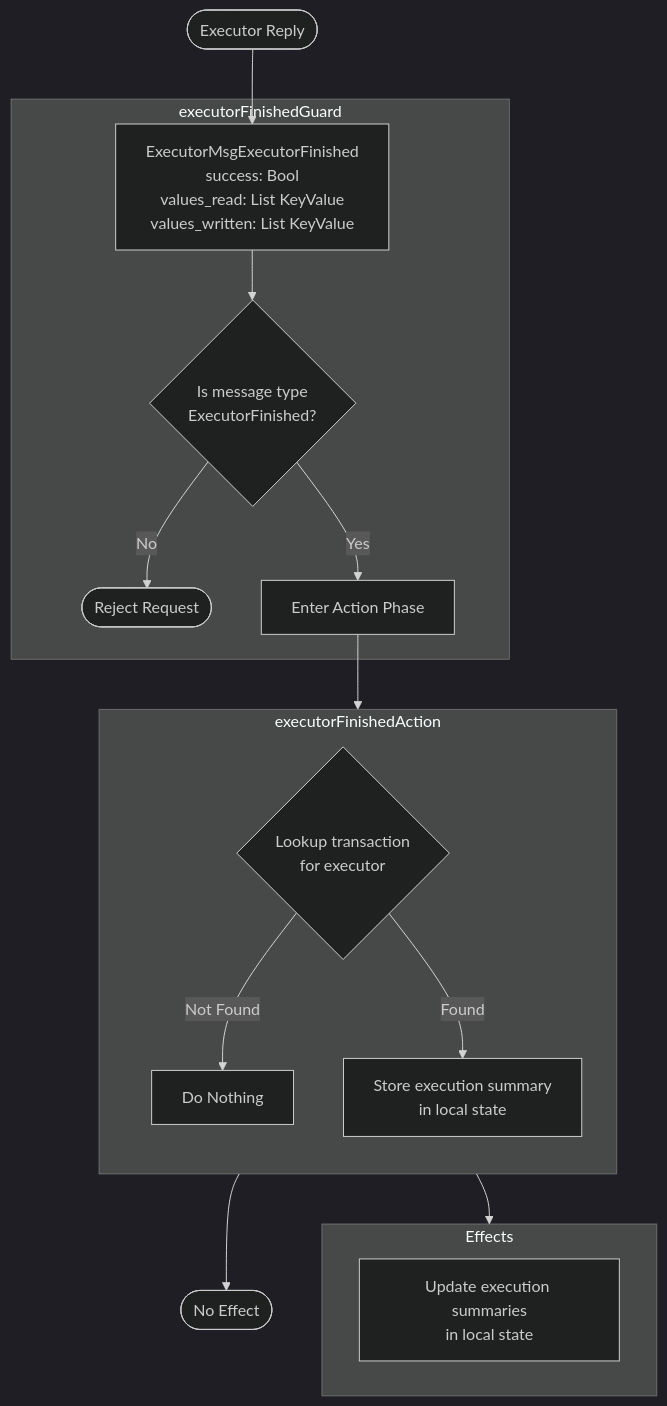
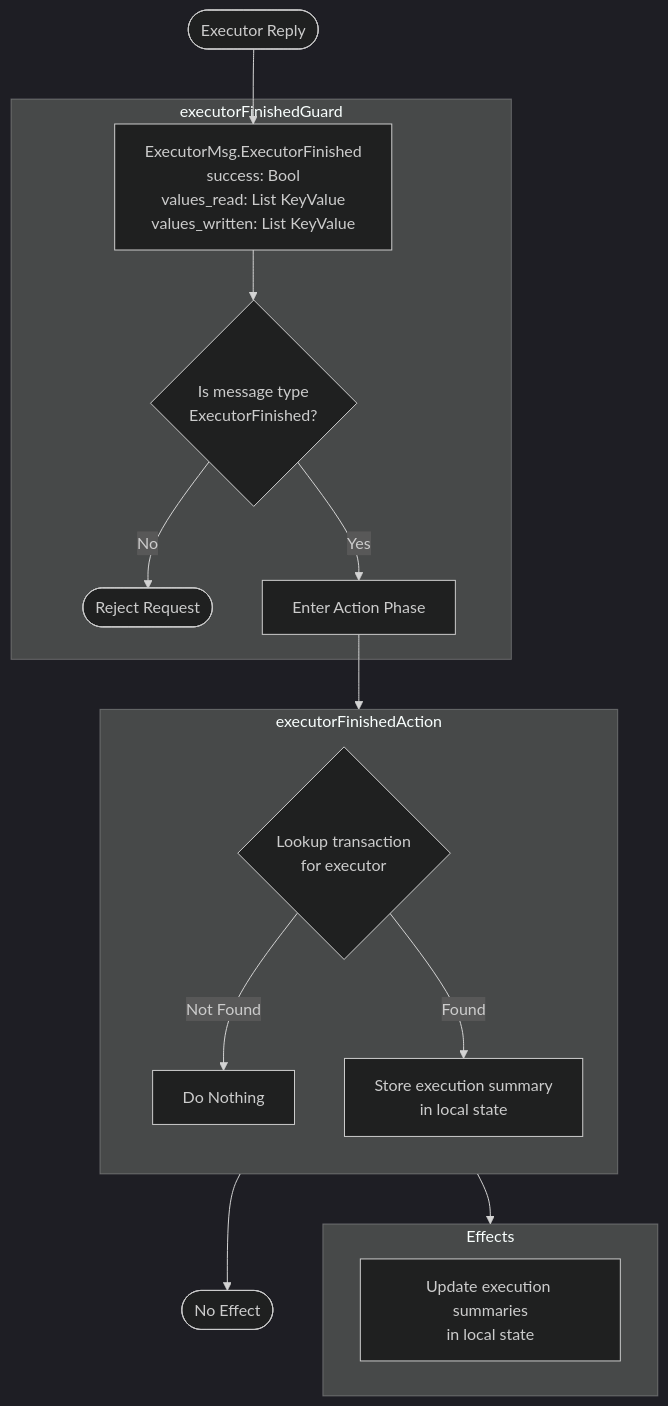
The second of 2 diagrams in docs/arch/node/engines/mempool_worker_behaviour.juvix.md (anoma/nspec), drawn with Mermaid (dark theme) before and after one commit. The commit also changed other lines of this file and 80 other files, not shown here.

````diff
--- a/docs/arch/node/engines/mempool_worker_behaviour.juvix.md
+++ b/docs/arch/node/engines/mempool_worker_behaviour.juvix.md
@@ -223,26 +228,26 @@
 ```mermaid
 flowchart TD
-    Start([Executor Reply]) --> MsgReq[ExecutorMsgExecutorFinished<br/>success: Bool<br/>values_read: List KeyValue<br/>values_written: List KeyValue]
+    Start([Executor Reply]) --> MsgReq[ExecutorMsg.ExecutorFinished<br/>success: Bool<br/>values_read: List KeyValue<br/>values_written: List KeyValue]
 
     subgraph Guard["executorFinishedGuard"]
         MsgReq --> ValidType{Is message type<br/>ExecutorFinished?}
         ValidType -->|No| Reject([Reject Request])
         ValidType -->|Yes| ActionEntry[Enter Action Phase]
     end
 
     ActionEntry --> Action
 
     subgraph Action["executorFinishedAction"]
         direction TB
         FindTx{Lookup transaction<br/>for executor}
         FindTx -->|Not Found| NoAction[Do Nothing]
         FindTx -->|Found| Store[Store execution summary<br/>in local state]
     end
 
     Store --> Effects
     NoAction --> NoEffect([No Effect])
 
     subgraph Effects[Effects]
         State[Update execution summaries<br/>in local state]
     end
 ```
````
